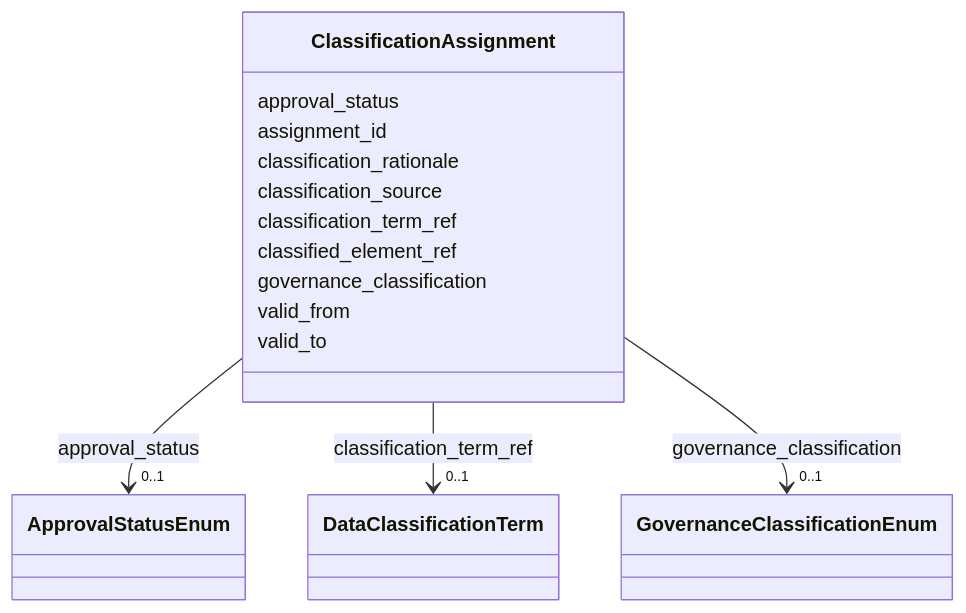
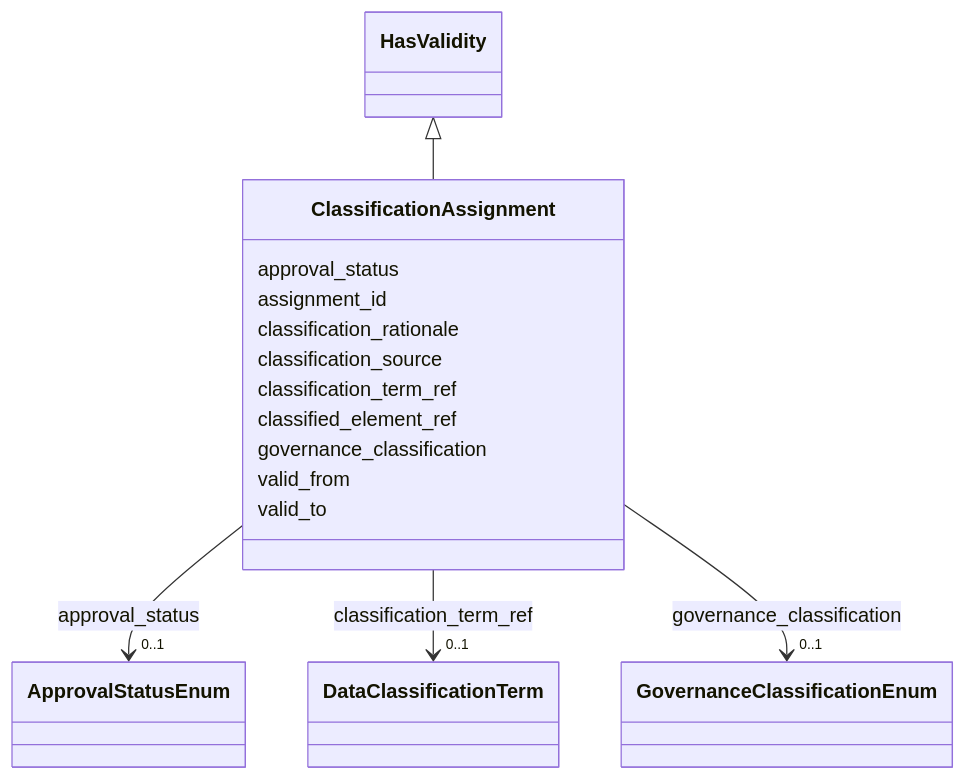
The diagram in generated/artifacts/moex-dams/0.1/diagrams/ClassificationAssignment.md (oista/moex-data-model), drawn with Mermaid before and after one commit. The commit also changed 84 other files, not shown here.

````diff
--- a/generated/artifacts/moex-dams/0.1/diagrams/ClassificationAssignment.md
+++ b/generated/artifacts/moex-dams/0.1/diagrams/ClassificationAssignment.md
@@ -4,51 +4,54 @@
 ```mermaid
  classDiagram
     class ClassificationAssignment
     click ClassificationAssignment href "../ClassificationAssignment"
+      HasValidity <|-- ClassificationAssignment
+        click HasValidity href "../HasValidity"
+      
       ClassificationAssignment : approval_status
         
           
     
         
         
         ClassificationAssignment --> "0..1" ApprovalStatusEnum : approval_status
         click ApprovalStatusEnum href "../ApprovalStatusEnum"
     
 
         
       ClassificationAssignment : assignment_id
         
       ClassificationAssignment : classification_rationale
         
       ClassificationAssignment : classification_source
         
       ClassificationAssignment : classification_term_ref
         
           
     
         
         
         ClassificationAssignment --> "0..1" DataClassificationTerm : classification_term_ref
         click DataClassificationTerm href "../DataClassificationTerm"
     
 
         
       ClassificationAssignment : classified_element_ref
         
       ClassificationAssignment : governance_classification
         
           
     
         
         
         ClassificationAssignment --> "0..1" GovernanceClassificationEnum : governance_classification
         click GovernanceClassificationEnum href "../GovernanceClassificationEnum"
     
 
         
       ClassificationAssignment : valid_from
         
       ClassificationAssignment : valid_to
         
       
 ```
````
